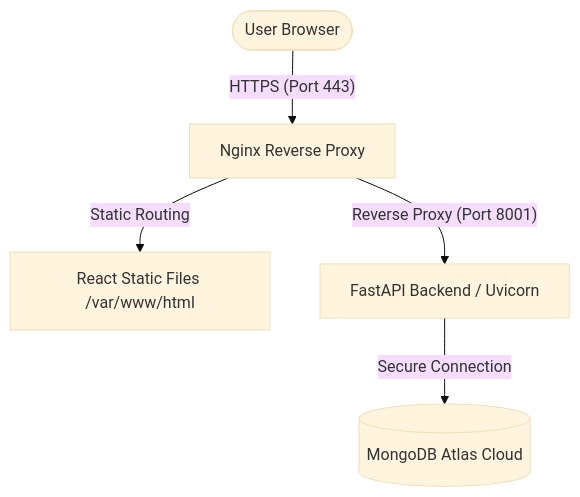
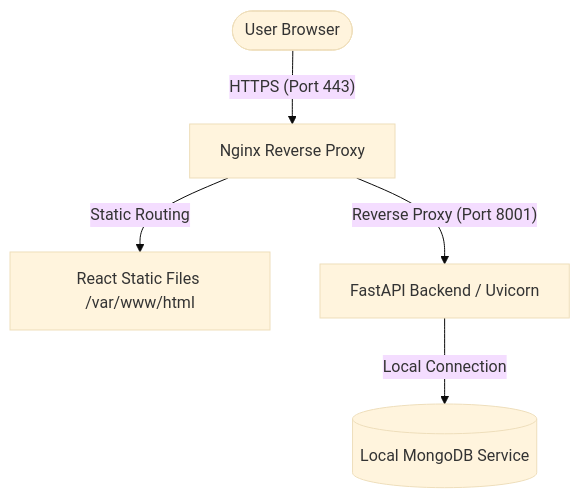
One commit to ourtechtheory-droid/vidya-os changed the diagram in AWS_DEPLOYMENT_GUIDE.md. Above: the diagram before and after it, drawn with Mermaid (base theme). The commit also changed other lines of this file, not shown here.

Commit message:
docs: expand AWS deployment guide with local MongoDB installation steps

````diff
--- a/AWS_DEPLOYMENT_GUIDE.md
+++ b/AWS_DEPLOYMENT_GUIDE.md
@@ -11,7 +11,7 @@
 ```mermaid
 graph TD
     User([User Browser]) -- HTTPS (Port 443) --> Nginx[Nginx Reverse Proxy]
     Nginx -- Static Routing --> StaticFE[React Static Files /var/www/html]
     Nginx -- Reverse Proxy (Port 8001) --> FastAPI[FastAPI Backend / Uvicorn]
-    FastAPI -- Secure Connection --> MongoDB[(MongoDB Atlas Cloud)]
+    FastAPI -- Local Connection --> MongoDB[(Local MongoDB Service)]
 ```
````
